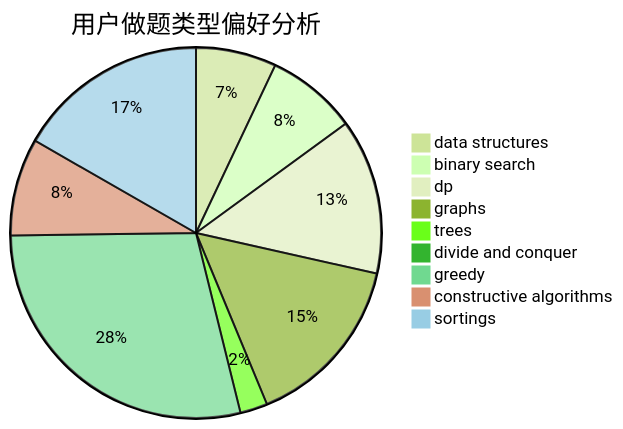
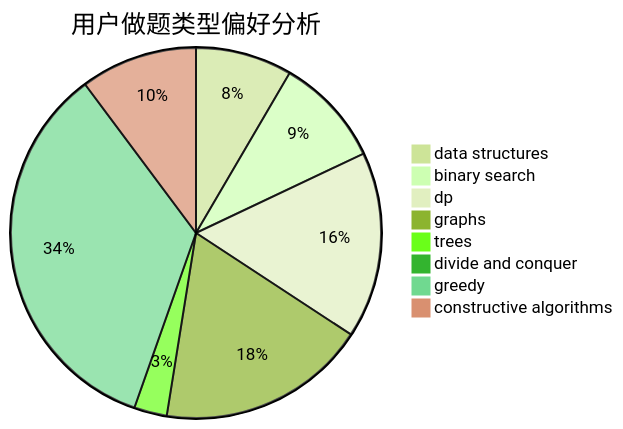
Before and after one commit to sherpahu/cfrs.github.io: the second of 3 diagrams in docs/user/u611.md, drawn with Mermaid (forest theme). The commit also changed other lines of this file and 2769 other files, not shown here.

````diff
--- a/docs/user/u611.md
+++ b/docs/user/u611.md
@@ -18,12 +18,11 @@
 ```mermaid
 pie title 用户做题类型偏好分析
     "data structures" :  100
     "binary search" :  113
     "dp" :  193
     "graphs" :  217
     "trees" :  34
     "divide and conquer" :  11
     "greedy" :  408
     "constructive algorithms" :  121
-    "sortings" :  238
 ```
````
